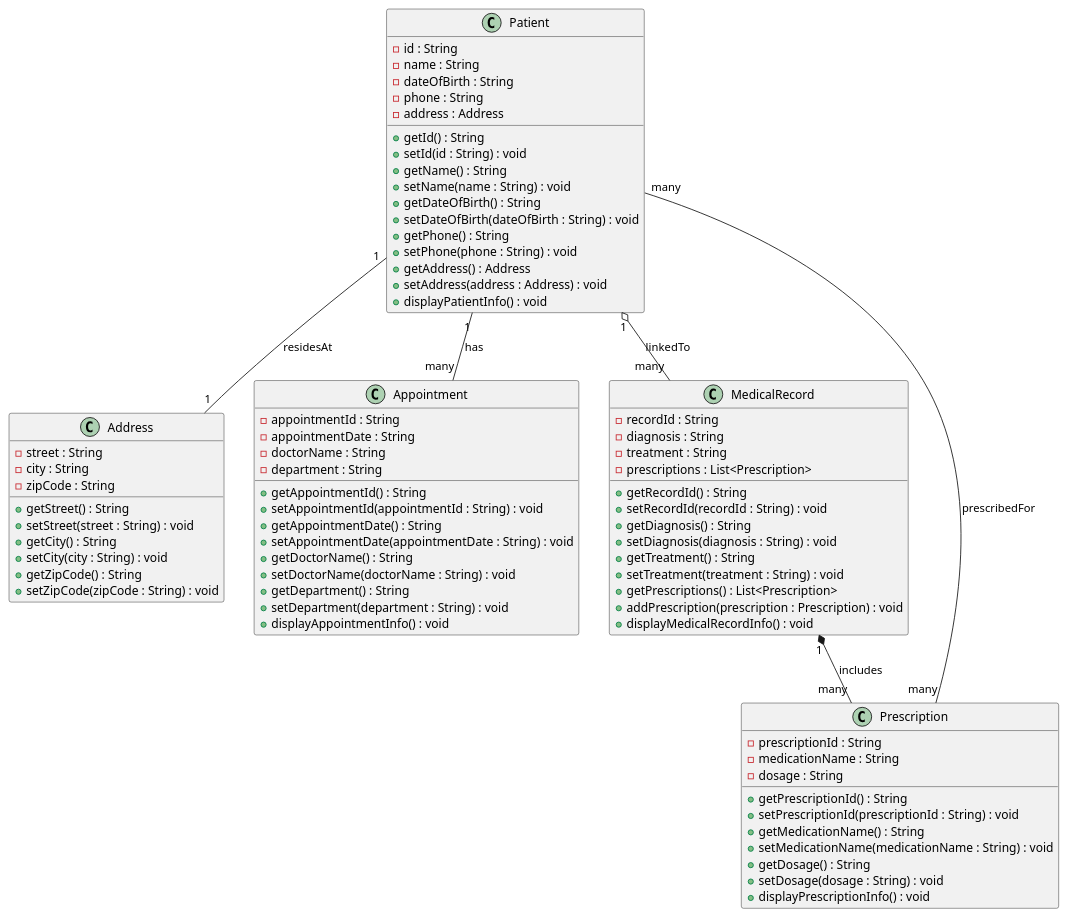
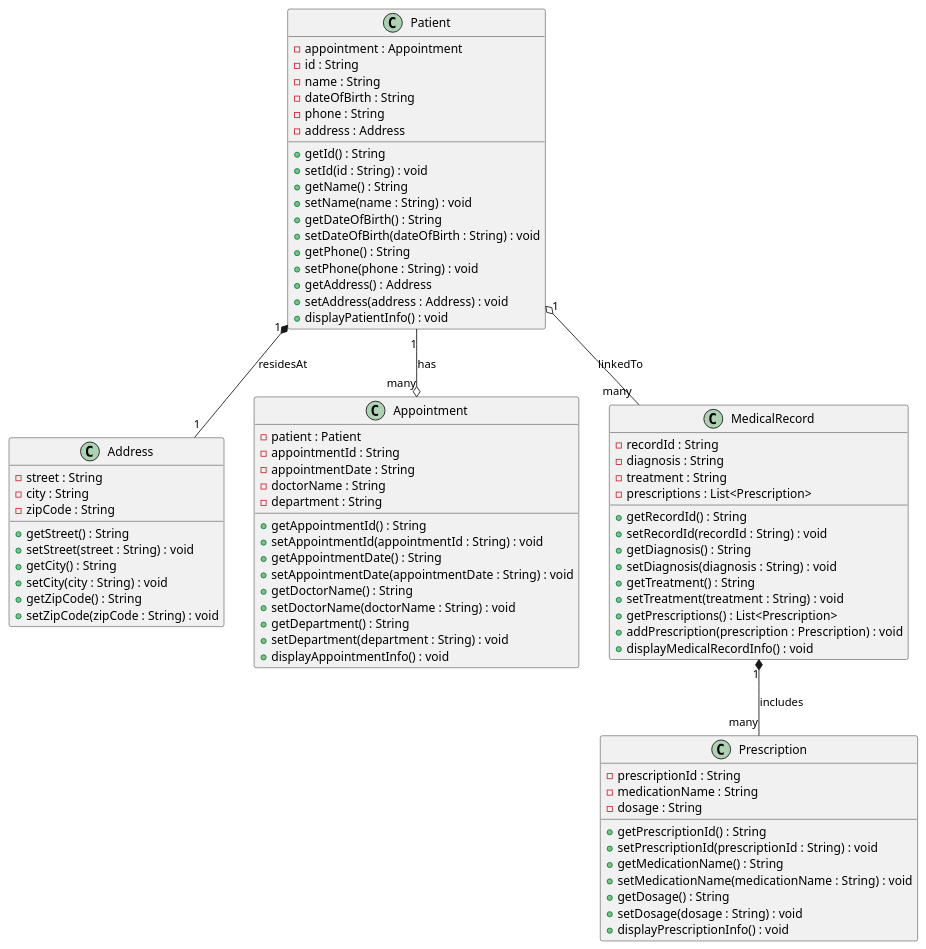
Before and after one commit to shreddedInk/Senla-Courses: the diagram in task-2/3/PatientDiagram.puml, drawn with PlantUML. The commit also changed 3 other files, not shown here.

Commit message:
fixed bugs from Resume and Patient diagrams

```diff
--- a/task-2/3/PatientDiagram.puml
+++ b/task-2/3/PatientDiagram.puml
@@ -1,83 +1,84 @@
 @startuml
 class Patient {
+    - appointment : Appointment
     - id : String
     - name : String
     - dateOfBirth : String
     - phone : String
     - address : Address
     + getId() : String
     + setId(id : String) : void
     + getName() : String
     + setName(name : String) : void
     + getDateOfBirth() : String
     + setDateOfBirth(dateOfBirth : String) : void
     + getPhone() : String
     + setPhone(phone : String) : void
     + getAddress() : Address
     + setAddress(address : Address) : void
     + displayPatientInfo() : void
 }
 
 class Address {
     - street : String
     - city : String
     - zipCode : String
     + getStreet() : String
     + setStreet(street : String) : void
     + getCity() : String
     + setCity(city : String) : void
     + getZipCode() : String
     + setZipCode(zipCode : String) : void
 }
 
 class Appointment {
+    - patient : Patient
     - appointmentId : String
     - appointmentDate : String
     - doctorName : String
     - department : String
     + getAppointmentId() : String
     + setAppointmentId(appointmentId : String) : void
     + getAppointmentDate() : String
     + setAppointmentDate(appointmentDate : String) : void
     + getDoctorName() : String
     + setDoctorName(doctorName : String) : void
     + getDepartment() : String
     + setDepartment(department : String) : void
     + displayAppointmentInfo() : void
 }
 
 class MedicalRecord {
     - recordId : String
     - diagnosis : String
     - treatment : String
     - prescriptions : List<Prescription>
     + getRecordId() : String
     + setRecordId(recordId : String) : void
     + getDiagnosis() : String
     + setDiagnosis(diagnosis : String) : void
     + getTreatment() : String
     + setTreatment(treatment : String) : void
     + getPrescriptions() : List<Prescription>
     + addPrescription(prescription : Prescription) : void
     + displayMedicalRecordInfo() : void
 }
 
 class Prescription {
     - prescriptionId : String
     - medicationName : String
     - dosage : String
     + getPrescriptionId() : String
     + setPrescriptionId(prescriptionId : String) : void
     + getMedicationName() : String
     + setMedicationName(medicationName : String) : void
     + getDosage() : String
     + setDosage(dosage : String) : void
     + displayPrescriptionInfo() : void
 }
 
-Patient "1" -- "1" Address : residesAt
-Patient "1" -- "many" Appointment : has
+Patient "1" *-- "1" Address : residesAt
+Patient "1" --o "many" Appointment : has
 Patient "1" o-- "many" MedicalRecord : linkedTo
 MedicalRecord "1" *-- "many" Prescription : includes
-Prescription "many" -- "many" Patient : prescribedFor
 @enduml
```
